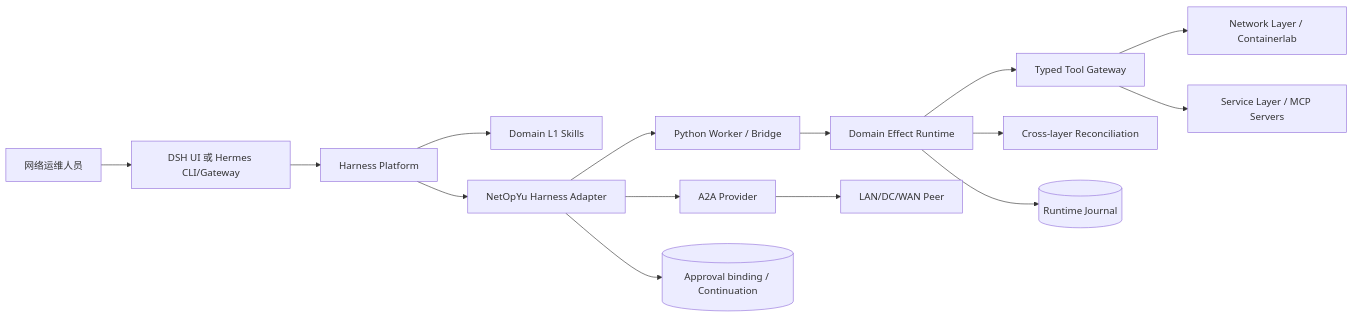
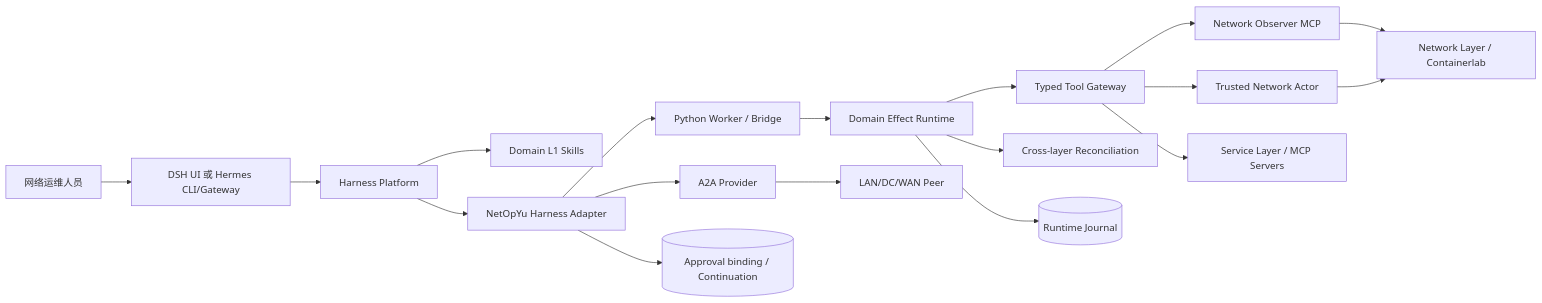
The first of 4 diagrams in HLD.md (kevinyjk25/NetOpYuAgent), drawn with Mermaid before and after one commit. The commit also changed other lines of this file and 16 other files, not shown here.

Commit message:
network/service layer with mcp

````diff
--- a/HLD.md
+++ b/HLD.md
@@ -29,17 +29,20 @@
 ```mermaid
 flowchart LR
     O[网络运维人员] --> UI[DSH UI 或 Hermes CLI/Gateway]
     UI --> DSH[Harness Platform]
     DSH --> L1[Domain L1 Skills]
     DSH --> P[NetOpYu Harness Adapter]
     P --> W[Python Worker / Bridge]
     W --> NR[Domain Effect Runtime]
     NR --> TG[Typed Tool Gateway]
-    TG --> NL[Network Layer / Containerlab]
+    TG --> NO[Network Observer MCP]
+    TG --> NA[Trusted Network Actor]
+    NO --> NL[Network Layer / Containerlab]
+    NA --> NL
     TG --> SL[Service Layer / MCP Servers]
     NR --> REC[Cross-layer Reconciliation]
     P --> A2A[A2A Provider]
     A2A --> PEER[LAN/DC/WAN Peer]
     NR --> J[(Runtime Journal)]
     P --> H[(Approval binding / Continuation)]
 ```
````
